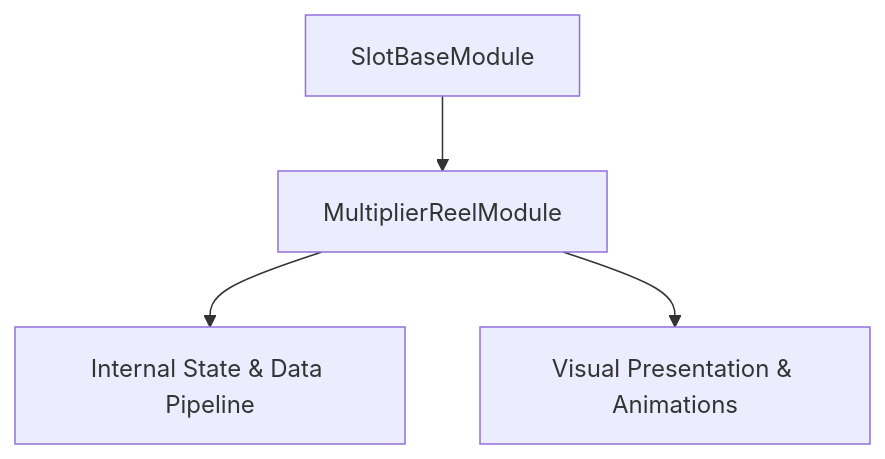
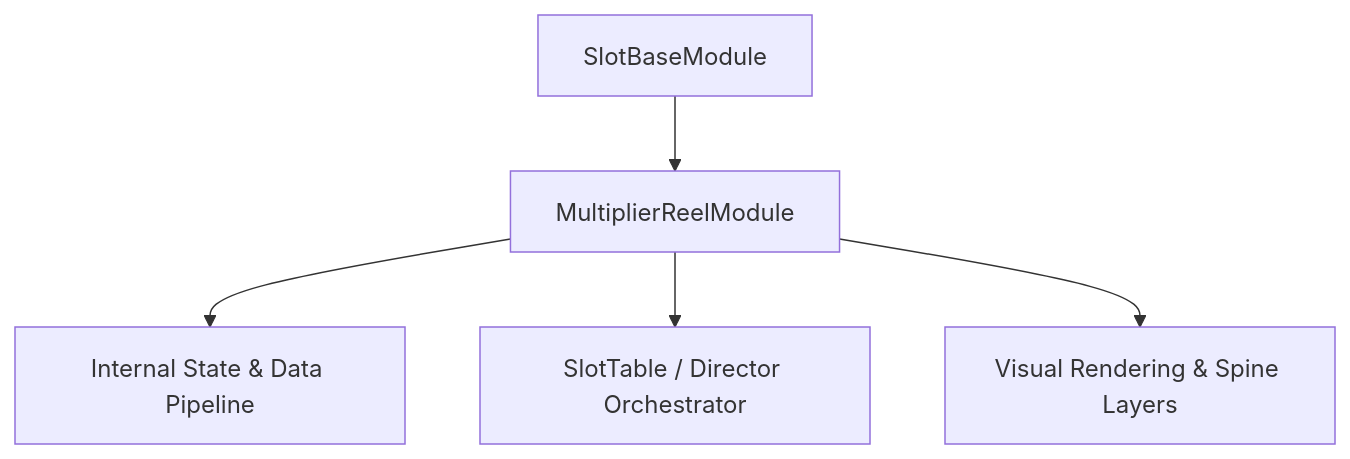
Before and after one commit to lam-ark/mcp-fwcc: the diagram in docs/cc_slot_mechanics/modules/MultiplierReelModule/01_overview/01_architecture_and_role.md, drawn with Mermaid. The commit also changed other lines of this file and 2509 other files, not shown here.

````diff
--- a/docs/cc_slot_mechanics/modules/MultiplierReelModule/01_overview/01_architecture_and_role.md
+++ b/docs/cc_slot_mechanics/modules/MultiplierReelModule/01_overview/01_architecture_and_role.md
@@ -18,6 +24,7 @@
 ```mermaid
 graph TD
-    Parent[SlotBaseModule] --> Mod[MultiplierReelModule]
-    Mod --> State[Internal State & Data Pipeline]
-    Mod --> Render[Visual Presentation & Animations]
+    SuperClass[SlotBaseModule] --> TargetClass[MultiplierReelModule]
+    TargetClass --> DataPipeline[Internal State & Data Pipeline]
+    TargetClass --> Orchestrator[SlotTable / Director Orchestrator]
+    TargetClass --> ViewLayer[Visual Rendering & Spine Layers]
 ```
````
